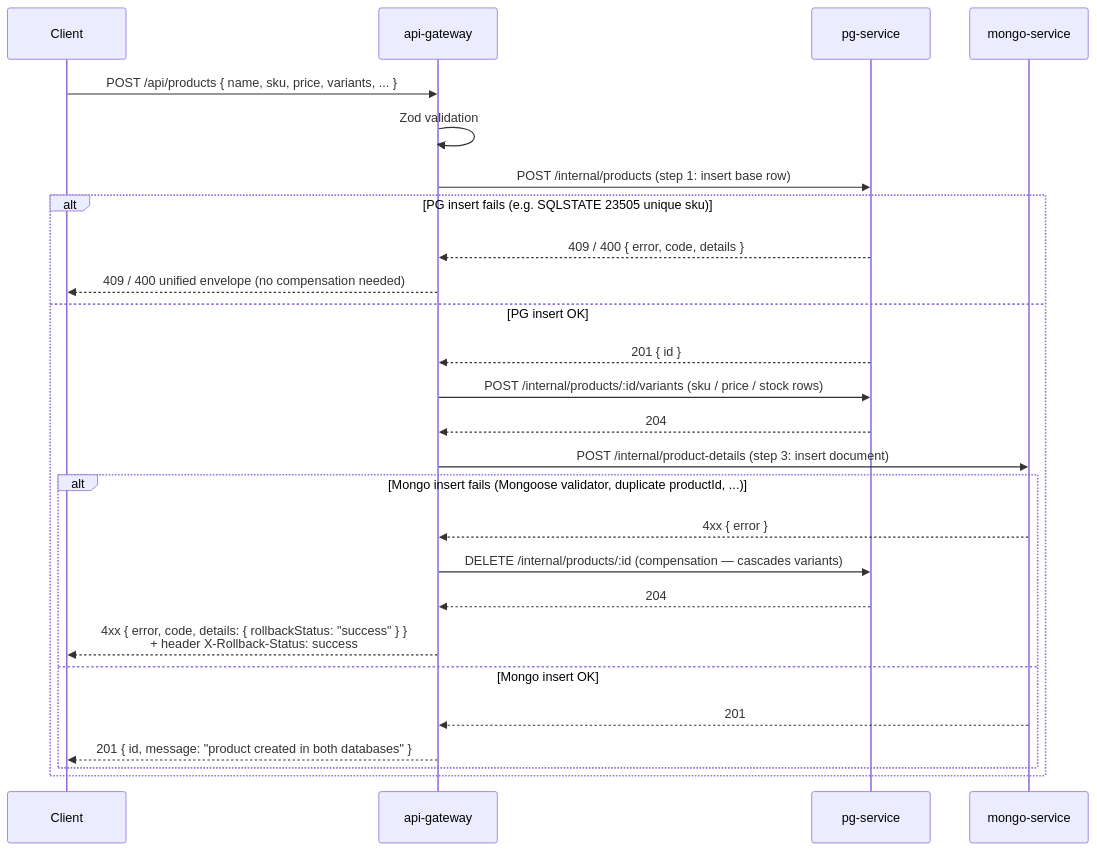
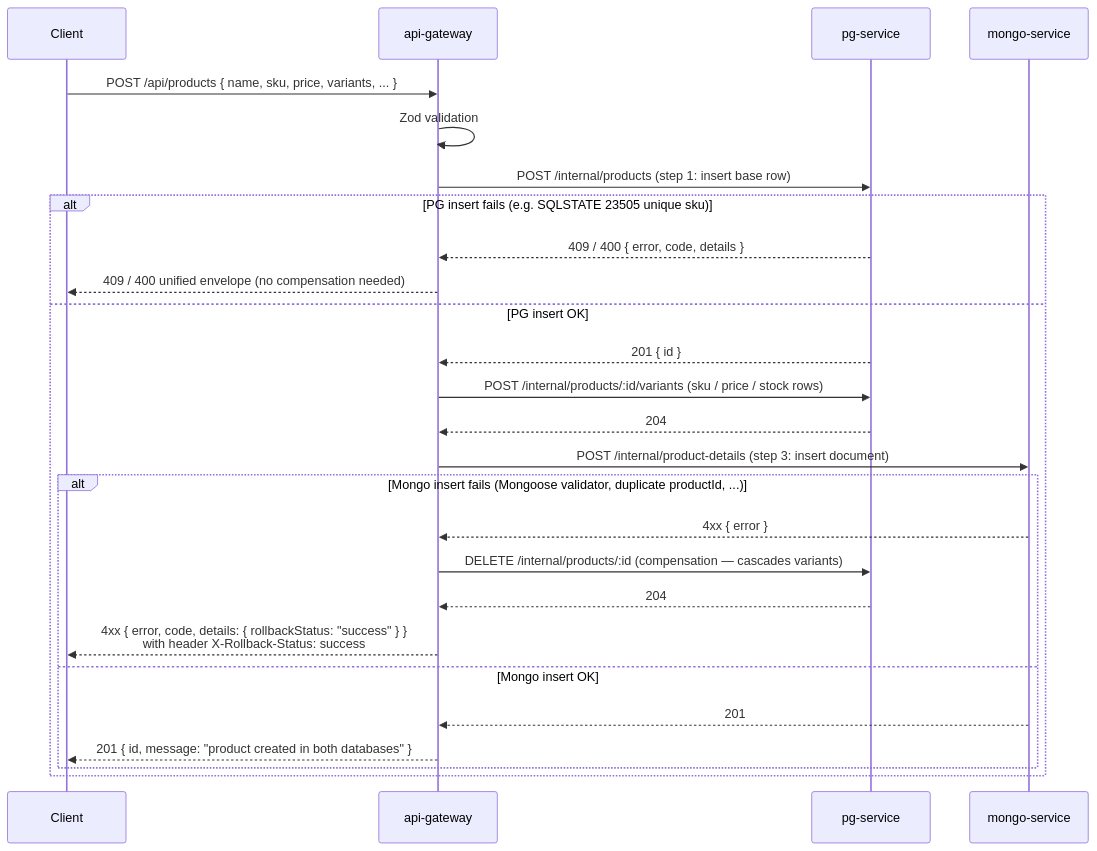
The second of 3 diagrams in README.md (zofiadobrowolskaa/ecommerce), drawn with Mermaid before and after one commit. The commit also changed other lines of this file and 1 other file, not shown here.

Commit message:
docs: modify readme and gitignore

````diff
--- a/README.md
+++ b/README.md
@@ -62,29 +62,29 @@
 ```mermaid
 sequenceDiagram
     participant C as Client
     participant G as api-gateway
     participant PG as pg-service
     participant MG as mongo-service
 
     C->>G: POST /api/products { name, sku, price, variants, ... }
     G->>G: Zod validation
     G->>PG: POST /internal/products (step 1: insert base row)
     alt PG insert fails (e.g. SQLSTATE 23505 unique sku)
         PG-->>G: 409 / 400 { error, code, details }
         G-->>C: 409 / 400 unified envelope (no compensation needed)
     else PG insert OK
         PG-->>G: 201 { id }
         G->>PG: POST /internal/products/:id/variants (sku / price / stock rows)
         PG-->>G: 204
         G->>MG: POST /internal/product-details (step 3: insert document)
         alt Mongo insert fails (Mongoose validator, duplicate productId, ...)
             MG-->>G: 4xx { error }
             G->>PG: DELETE /internal/products/:id (compensation — cascades variants)
             PG-->>G: 204
-            G-->>C: 4xx { error, code, details: { rollbackStatus: "success" } }<br/>+ header X-Rollback-Status: success
+            G-->>C: 4xx { error, code, details: { rollbackStatus: "success" } }<br/>with header X-Rollback-Status: success
         else Mongo insert OK
             MG-->>G: 201
             G-->>C: 201 { id, message: "product created in both databases" }
         end
     end
 ```
````
